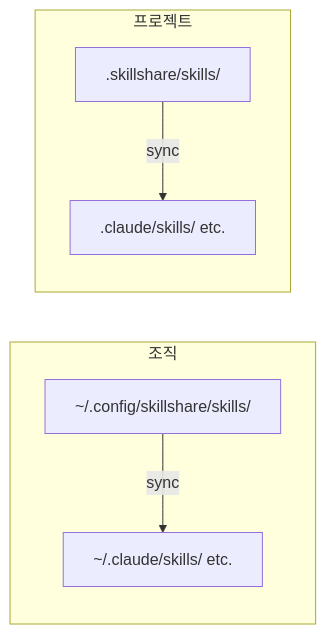
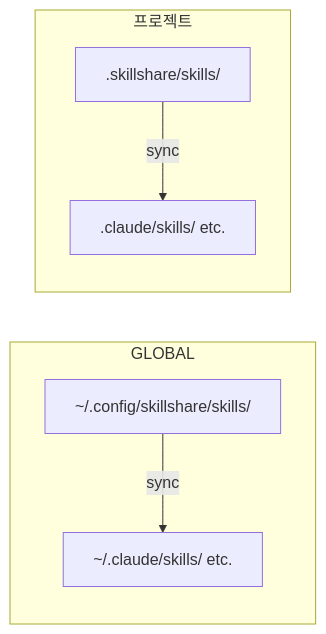
Before and after one commit to AdamMagued/skillshare: the diagram in website/i18n/ko/docusaurus-plugin-content-docs/current/intro.md, drawn with Mermaid. The commit also changed other lines of this file and 34 other files, not shown here.

````diff
--- a/website/i18n/ko/docusaurus-plugin-content-docs/current/intro.md
+++ b/website/i18n/ko/docusaurus-plugin-content-docs/current/intro.md
@@ -60,10 +56,10 @@
 ```mermaid
 flowchart LR
-    subgraph ORG["조직"]
+    subgraph ORG["GLOBAL"]
         ORG_SRC["~/.config/skillshare/skills/"] -- sync --> ORG_TGT["~/.claude/skills/ etc."]
     end
 
     subgraph PROJ["프로젝트"]
         PROJ_SRC[".skillshare/skills/"] -- sync --> PROJ_TGT[".claude/skills/ etc."]
     end
 ```
````
